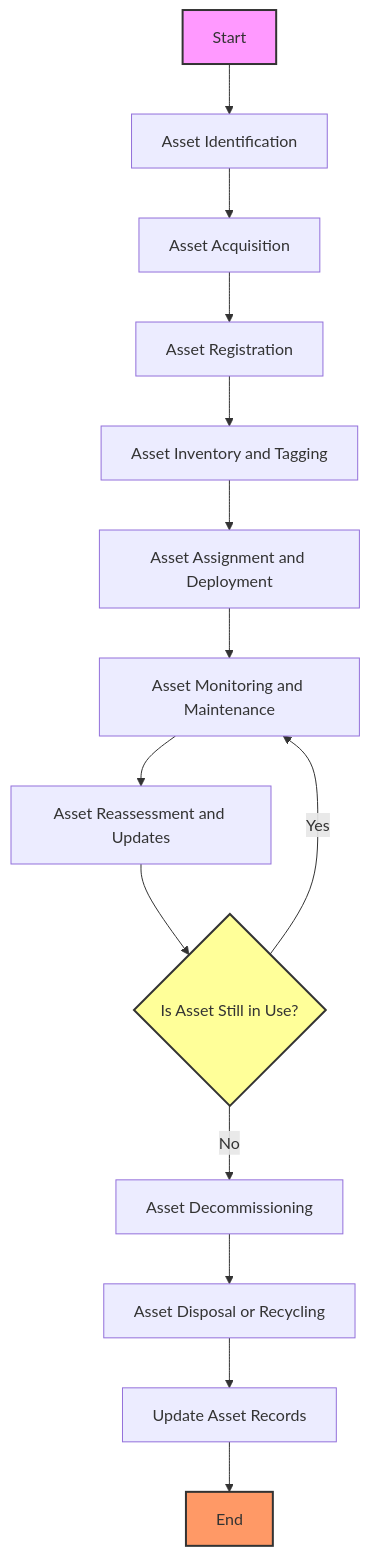
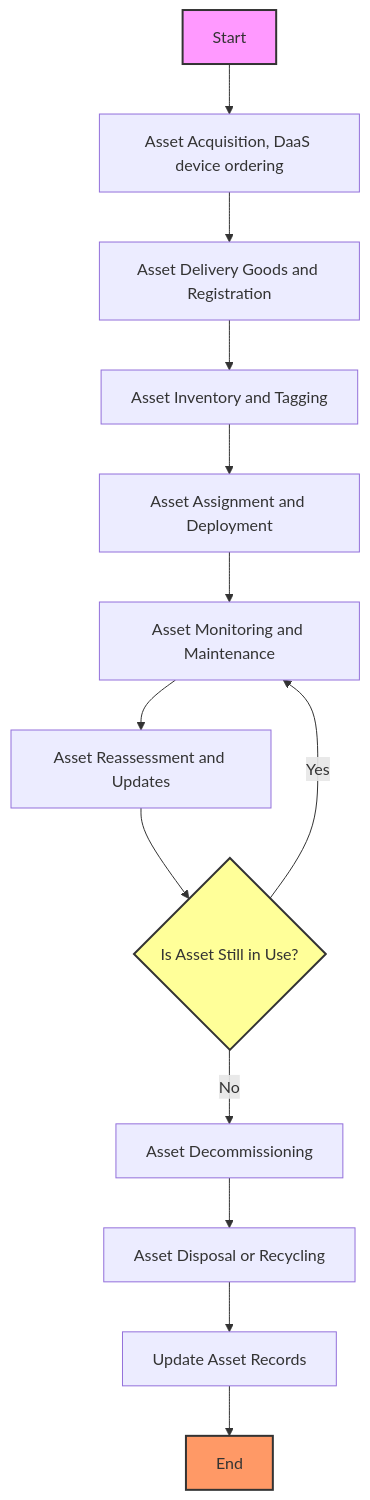
Before and after one commit to pluto133/-: the diagram in asset mgmt/asset.md, drawn with Mermaid.

````diff
--- a/asset mgmt/asset.md
+++ b/asset mgmt/asset.md
@@ -1,21 +1,20 @@
 ```mermaid
 flowchart TD
-    A[Start] --> B[Asset Identification]
-    B --> C[Asset Acquisition]
-    C --> D[Asset Registration]
+    A[Start] --> C[Asset Acquisition, DaaS device ordering]
+    C --> D[Asset Delivery Goods and Registration]
     D --> E[Asset Inventory and Tagging]
     E --> F[Asset Assignment and Deployment]
     F --> G[Asset Monitoring and Maintenance]
     G --> H[Asset Reassessment and Updates]
     H --> I{Is Asset Still in Use?}
     I -->|Yes| G
     I -->|No| J[Asset Decommissioning]
     J --> K[Asset Disposal or Recycling]
     K --> L[Update Asset Records]
     L --> M[End]
 
     %% Styling for clarity
     style A fill:#f9f,stroke:#333,stroke-width:2px
     style M fill:#f96,stroke:#333,stroke-width:2px
     style I fill:#ff9,stroke:#333,stroke-width:2px
 ```
````
